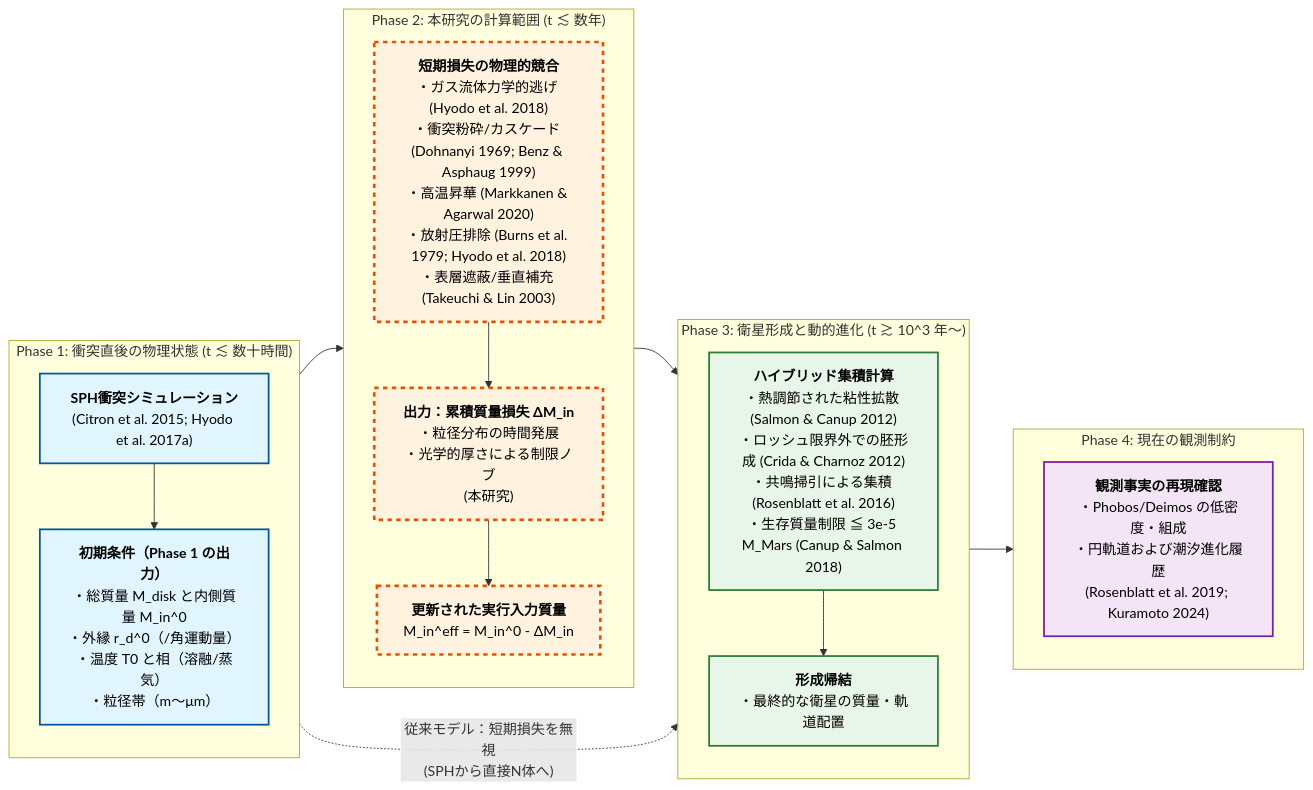
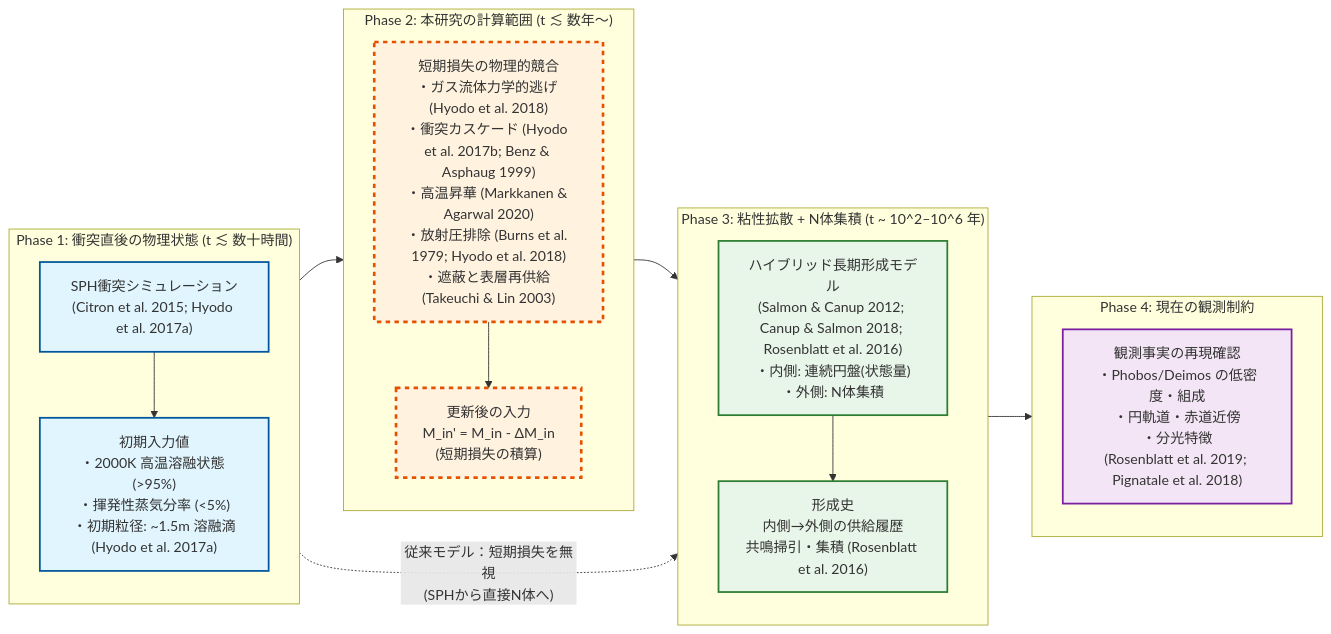
Before and after one commit to Einfeld686/MarsDiskSimulation: the first of 2 diagrams in analysis/introduction.md, drawn with Mermaid. The commit also changed other lines of this file, not shown here.

````diff
--- a/analysis/introduction.md
+++ b/analysis/introduction.md
@@ -76,47 +69,46 @@
 ```mermaid
 flowchart LR
     %% ===== 見た目（任意：レンダラ依存） =====
-    classDef input fill:#e1f5fe,stroke:#01579b,stroke-width:2px,color:#000;
-    classDef update fill:#fff3e0,stroke:#e65100,stroke-width:3px,stroke-dasharray: 5 5,color:#000;
-    classDef connect fill:#e8f5e9,stroke:#2e7d32,stroke-width:2px,color:#000;
-    classDef output fill:#f3e5f5,stroke:#7b1fa2,stroke-width:2px,color:#000;
+    classDef input fill:#e1f5fe,stroke:#01579b,stroke-width:2px;
+    classDef update fill:#fff3e0,stroke:#e65100,stroke-width:3px,stroke-dasharray: 5 5;
+    classDef connect fill:#e8f5e9,stroke:#2e7d32,stroke-width:2px;
+    classDef output fill:#f3e5f5,stroke:#7b1fa2,stroke-width:2px;
 
     %% ===== Phase 1: SPH（初期条件） =====
     subgraph P1["Phase 1: 衝突直後の物理状態 (t ≲ 数十時間)"]
         direction TB
-        SPH["<b>SPH衝突シミュレーション</b><br/>(Citron et al. 2015; Hyodo et al. 2017a)"]:::input
-        D0["<b>初期条件（Phase 1 の出力）</b><br/>・総質量 M_disk と内側質量 M_in^0<br/>・外縁 r_d^0（/角運動量）<br/>・温度 T0 と相（溶融/蒸気）<br/>・粒径帯（m〜μm）"]:::input
+        SPH["SPH衝突シミュレーション<br/>(Citron et al. 2015; Hyodo et al. 2017a)"]:::input
+        D0["初期入力値<br/>・2000K 高温溶融状態 (>95%)<br/>・揮発性蒸気分率 (<5%)<br/>・初期粒径: ~1.5m 溶融滴<br/>(Hyodo et al. 2017a)"]:::input
         SPH --> D0
     end
 
     %% ===== Phase 2: 本研究（短期損失で更新） =====
-    subgraph P2["Phase 2: 本研究の計算範囲 (t ≲ 数年)"]
+    subgraph P2["Phase 2: 本研究の計算範囲 (t ≲ 数年〜)"]
         direction TB
-        PROC["<b>短期損失の物理的競合</b><br/>・ガス流体力学的逃げ (Hyodo et al. 2018)<br/>・衝突粉砕/カスケード (Dohnanyi 1969; Benz & Asphaug 1999)<br/>・高温昇華 (Markkanen & Agarwal 2020)<br/>・放射圧排除 (Burns et al. 1979; Hyodo et al. 2018)<br/>・表層遮蔽/垂直補充 (Takeuchi & Lin 2003)"]:::update
-        DM["<b>出力：累積質量損失 ΔM_in</b><br/>・粒径分布の時間発展<br/>・光学的厚さによる制限ノブ<br/>(本研究)"]:::update
-        D1["<b>更新された実行入力質量</b><br/>M_in^eff = M_in^0 - ΔM_in"]:::update
-        PROC --> DM --> D1
+        PROC["短期損失の物理的競合<br/>・ガス流体力学的逃げ (Hyodo et al. 2018)<br/>・衝突カスケード (Hyodo et al. 2017b; Benz & Asphaug 1999)<br/>・高温昇華 (Markkanen & Agarwal 2020)<br/>・放射圧排除 (Burns et al. 1979; Hyodo et al. 2018)<br/>・遮蔽と表層再供給 (Takeuchi & Lin 2003)"]:::update
+        D1["更新後の入力<br/>M_in' = M_in - ΔM_in<br/>(短期損失の積算)"]:::update
+        PROC --> D1
     end
 
-    %% ===== Phase 3: 長期進化（形成モデル） =====
-    subgraph P3["Phase 3: 衛星形成と動的進化 (t ≳ 10^3 年〜)"]
+    %% ===== Phase 3: 長期進化（接続） =====
+    subgraph P3["Phase 3: 粘性拡散 + N体集積 (t ~ 10^2–10^6 年)"]
         direction TB
-        HYB["<b>ハイブリッド集積計算</b><br/>・熱調節された粘性拡散 (Salmon & Canup 2012)<br/>・ロッシュ限界外での胚形成 (Crida & Charnoz 2012)<br/>・共鳴掃引による集積 (Rosenblatt et al. 2016)<br/>・生存質量制限 ≦ 3e-5 M_Mars (Canup & Salmon 2018)"]:::connect
-        SAT["<b>形成帰結</b><br/>・最終的な衛星の質量・軌道配置"]:::connect
+        HYB["ハイブリッド長期形成モデル<br/>(Salmon & Canup 2012; Canup & Salmon 2018; Rosenblatt et al. 2016)<br/>・内側: 連続円盤(状態量)<br/>・外側: N体集積"]:::connect
+        SAT["形成史<br/>内側→外側の供給履歴<br/>共鳴掃引・集積 (Rosenblatt et al. 2016)"]:::connect
         HYB --> SAT
     end
 
     %% ===== Phase 4: 観測（最終結果） =====
     subgraph P4["Phase 4: 現在の観測制約"]
         direction TB
-        OBS["<b>観測事実の再現確認</b><br/>・Phobos/Deimos の低密度・組成<br/>・円軌道および潮汐進化履歴<br/>(Rosenblatt et al. 2019; Kuramoto 2024)"]:::output
+        OBS["観測事実の再現確認<br/>・Phobos/Deimos の低密度・組成<br/>・円軌道・赤道近傍<br/>・分光特徴<br/>(Rosenblatt et al. 2019; Pignatale et al. 2018)"]:::output
     end
 
     %% ===== 主流（本研究を挟む） =====
     D0 --> PROC
     D1 --> HYB
     SAT --> OBS
 
     %% ===== 従来の直結（短期損失を無視） =====
     D0 -. "従来モデル：短期損失を無視<br/>(SPHから直接N体へ)" .-> HYB
 ```
````
